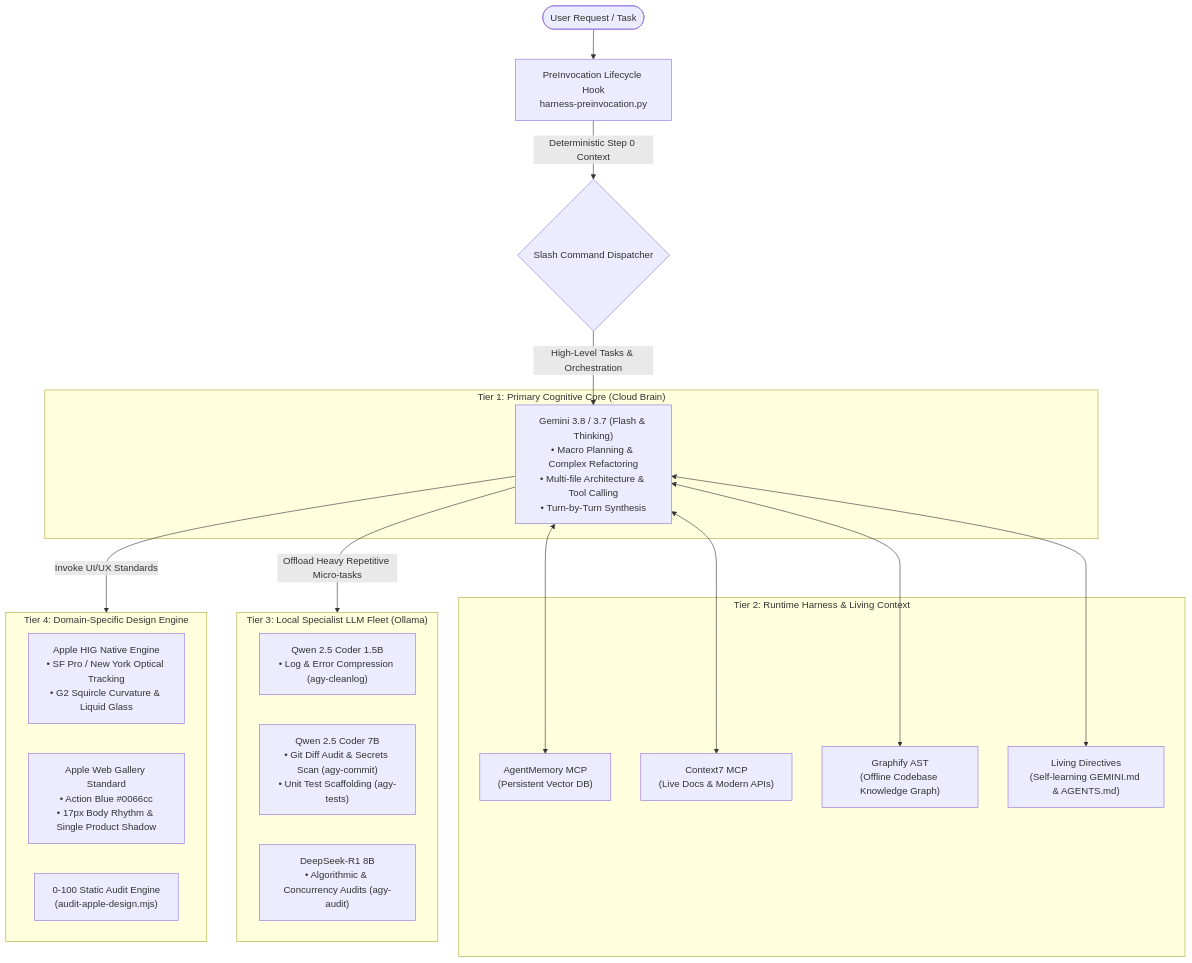
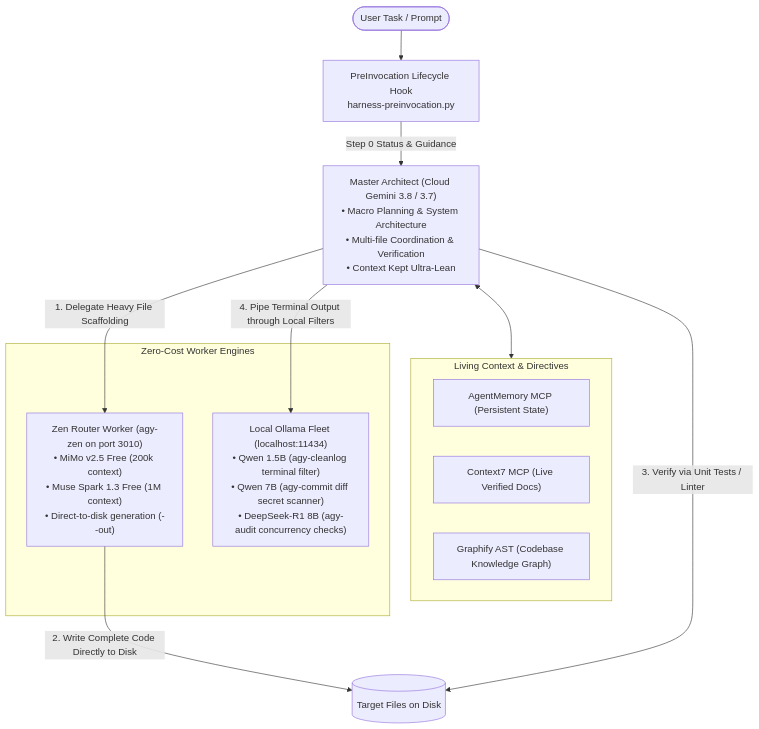
One commit to ljskr1/antigravity-custom-harness-setup changed the diagram in README.md. Above: the diagram before and after it, drawn with Mermaid. The commit also changed other lines of this file and 3 other files, not shown here.

Commit message:
feat: incorporate Zen Router free worker engine and direct-to-disk master-worker protocol

````diff
--- a/README.md
+++ b/README.md
@@ -20,37 +21,22 @@
 ```mermaid
 flowchart TD
-    User([User Request / Task]) --> Hook[PreInvocation Lifecycle Hook<br/>harness-preinvocation.py]
-    Hook -->|Deterministic Step 0 Context| Dispatcher{Slash Command Dispatcher}
+    User([User Task / Prompt]) --> Hook[PreInvocation Lifecycle Hook<br/>harness-preinvocation.py]
+    Hook -->|Step 0 Status & Guidance| Gemini["Master Architect (Cloud Gemini 3.8 / 3.7)<br/>• Macro Planning & System Architecture<br/>• Multi-file Coordination & Verification<br/>• Context Kept Ultra-Lean"]
 
-    subgraph Tier1 ["Tier 1: Primary Cognitive Core (Cloud Brain)"]
-        Gemini["Gemini 3.8 / 3.7 (Flash & Thinking)<br/>• Macro Planning & Complex Refactoring<br/>• Multi-file Architecture & Tool Calling<br/>• Turn-by-Turn Synthesis"]
+    subgraph MemoryDocs ["Living Context & Directives"]
+        AgentMemory["AgentMemory MCP (Persistent State)"]
+        Context7["Context7 MCP (Live Verified Docs)"]
+        Graphify["Graphify AST (Codebase Knowledge Graph)"]
     end
 
-    subgraph Tier2 ["Tier 2: Runtime Harness & Living Context"]
-        Memory["AgentMemory MCP<br/>(Persistent Vector DB)"]
-        Context7["Context7 MCP<br/>(Live Docs & Modern APIs)"]
-        Graphify["Graphify AST<br/>(Offline Codebase Knowledge Graph)"]
-        Directives["Living Directives<br/>(Self-learning GEMINI.md & AGENTS.md)"]
+    subgraph Workers ["Zero-Cost Worker Engines"]
+        Zen["Zen Router Worker (agy-zen on port 3010)<br/>• MiMo v2.5 Free (200k context)<br/>• Muse Spark 1.3 Free (1M context)<br/>• Direct-to-disk generation (--out)"]
+        Ollama["Local Ollama Fleet (localhost:11434)<br/>• Qwen 1.5B (agy-cleanlog terminal filter)<br/>• Qwen 7B (agy-commit diff secret scanner)<br/>• DeepSeek-R1 8B (agy-audit concurrency checks)"]
     end
 
-    subgraph Tier3 ["Tier 3: Local Specialist LLM Fleet (Ollama)"]
-        Qwen15["Qwen 2.5 Coder 1.5B<br/>• Log & Error Compression (agy-cleanlog)"]
-        Qwen7B["Qwen 2.5 Coder 7B<br/>• Git Diff Audit & Secrets Scan (agy-commit)<br/>• Unit Test Scaffolding (agy-tests)"]
-        DeepSeek["DeepSeek-R1 8B<br/>• Algorithmic & Concurrency Audits (agy-audit)"]
-    end
-
-    subgraph Skills ["Tier 4: Domain-Specific Design Engine"]
-        AppleHIG["Apple HIG Native Engine<br/>• SF Pro / New York Optical Tracking<br/>• G2 Squircle Curvature & Liquid Glass"]
-        AppleWeb["Apple Web Gallery Standard<br/>• Action Blue #0066cc<br/>• 17px Body Rhythm & Single Product Shadow"]
-        AuditCLI["0-100 Static Audit Engine<br/>(audit-apple-design.mjs)"]
-    end
-
-    Dispatcher -->|High-Level Tasks & Orchestration| Gemini
-    Gemini <--> Memory
-    Gemini <--> Context7
-    Gemini <--> Graphify
-    Gemini <--> Directives
-
-    Gemini -->|Offload Heavy Repetitive Micro-tasks| Tier3
-    Gemini -->|Invoke UI/UX Standards| Skills
+    Gemini <--> MemoryDocs
+    Gemini -->|1. Delegate Heavy File Scaffolding| Zen
+    Zen -->|2. Write Complete Code Directly to Disk| Disk[(Target Files on Disk)]
+    Gemini -->|3. Verify via Unit Tests / Linter| Disk
+    Gemini -->|4. Pipe Terminal Output through Local Filters| Ollama
 ```
````
